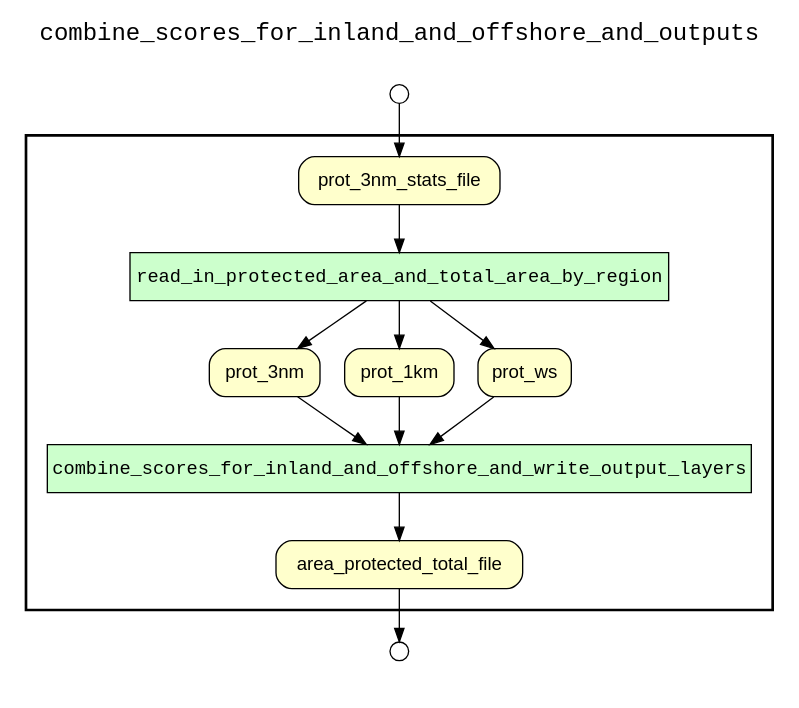
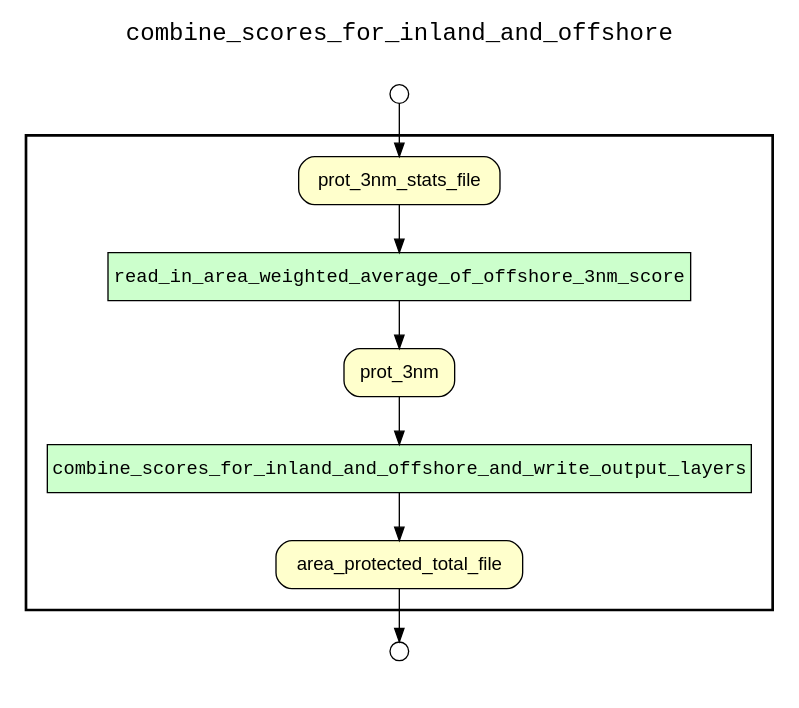
Before and after one commit to sycao5/runManager-multipleRuns: the diagram in examples/OHIBC_Howe_Sound/hybrid provenance queries/examples/combine_inland_and_offshore/results/wf_downstream_of_prot_3nm_stats_file.gv, drawn with Graphviz. The commit also changed 67 other files, not shown here.

Commit message:
Update hybrid provenance results for lsp_zonal_stats.R, estimate_status_and_trend_by_year.R, and combine_inland_and_offshore.R

```diff
--- a/examples/OHIBC_Howe_Sound/hybrid provenance queries/examples/combine_inland_and_offshore/results/wf_downstream_of_prot_3nm_stats_file.gv
+++ b/examples/OHIBC_Howe_Sound/hybrid provenance queries/examples/combine_inland_and_offshore/results/wf_downstream_of_prot_3nm_stats_file.gv
@@ -1,40 +1,34 @@
 
 digraph yw_data_view {
 rankdir=TB
 fontname=Courier; fontsize=18; labelloc=t
-label="combine_scores_for_inland_and_offshore_and_outputs"
+label="combine_scores_for_inland_and_offshore"
 subgraph cluster_workflow { label=""; color=black; penwidth=2
 subgraph cluster_workflow_inner { label=""; color=white
 node[shape=box style="filled" fillcolor="#CCFFCC" peripheries=1 fontname=Courier]
 combine_scores_for_inland_and_offshore_and_write_output_layers
-read_in_protected_area_and_total_area_by_region
+read_in_area_weighted_average_of_offshore_3nm_score
 node[shape=box style="filled" fillcolor="#CCFFCC" peripheries=1 fontname=Courier]
 node[shape=box style="rounded,filled" fillcolor="#FFFFCC" peripheries=1 fontname=Helvetica]
 prot_3nm_stats_file
 prot_3nm
-prot_1km
-prot_ws
 area_protected_total_file
 node[shape=box style="rounded,filled" fillcolor="#FFFFFF" peripheries=1 fontname=Helvetica]
 }}
 subgraph cluster_inflows { label=""; color=white; penwidth=2
 subgraph cluster_inflows_inner { label=""; color=white
 node[shape=circle fillcolor="#FFFFFF" peripheries=1 width=0.2]
 prot_3nm_stats_file_inflow [label=""]
 }}
 subgraph cluster_outflows { label=""; color=white; penwidth=2
 subgraph cluster_outflows_inner { label=""; color=white
 node[shape=circle fillcolor="#FFFFFF" peripheries=1 width=0.2]
 area_protected_total_file_outflow [label=""]
 }}
 combine_scores_for_inland_and_offshore_and_write_output_layers -> area_protected_total_file
-read_in_protected_area_and_total_area_by_region -> prot_ws
-read_in_protected_area_and_total_area_by_region -> prot_1km
-read_in_protected_area_and_total_area_by_region -> prot_3nm
-prot_3nm_stats_file -> read_in_protected_area_and_total_area_by_region
+read_in_area_weighted_average_of_offshore_3nm_score -> prot_3nm
+prot_3nm_stats_file -> read_in_area_weighted_average_of_offshore_3nm_score
 prot_3nm -> combine_scores_for_inland_and_offshore_and_write_output_layers
-prot_1km -> combine_scores_for_inland_and_offshore_and_write_output_layers
-prot_ws -> combine_scores_for_inland_and_offshore_and_write_output_layers
 prot_3nm_stats_file_inflow -> prot_3nm_stats_file
 area_protected_total_file -> area_protected_total_file_outflow
 }
```
